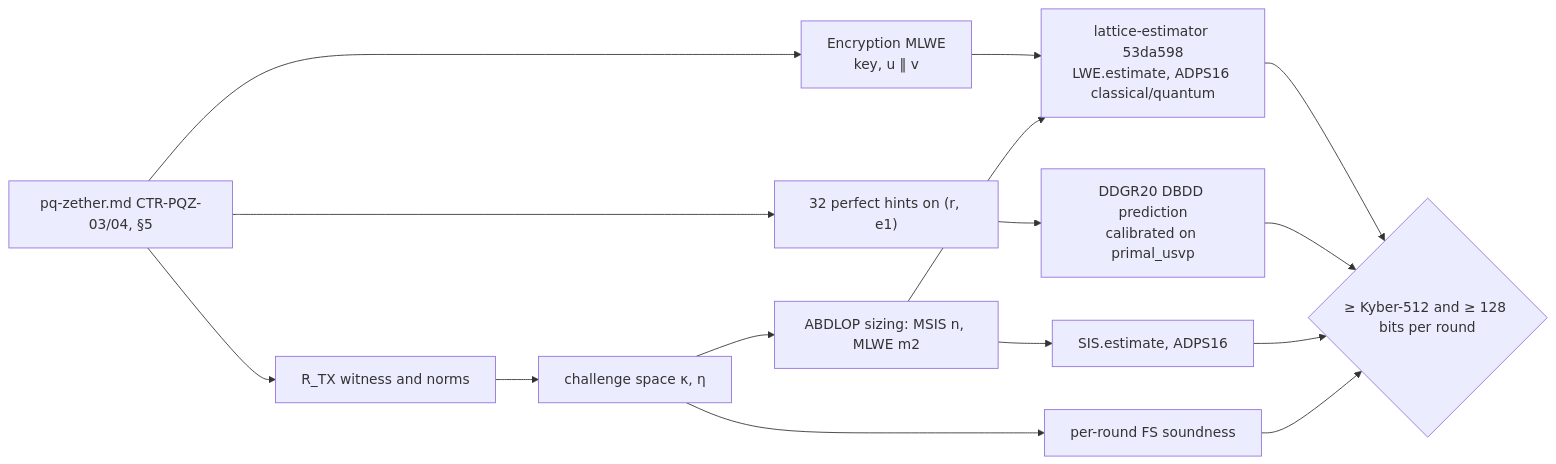
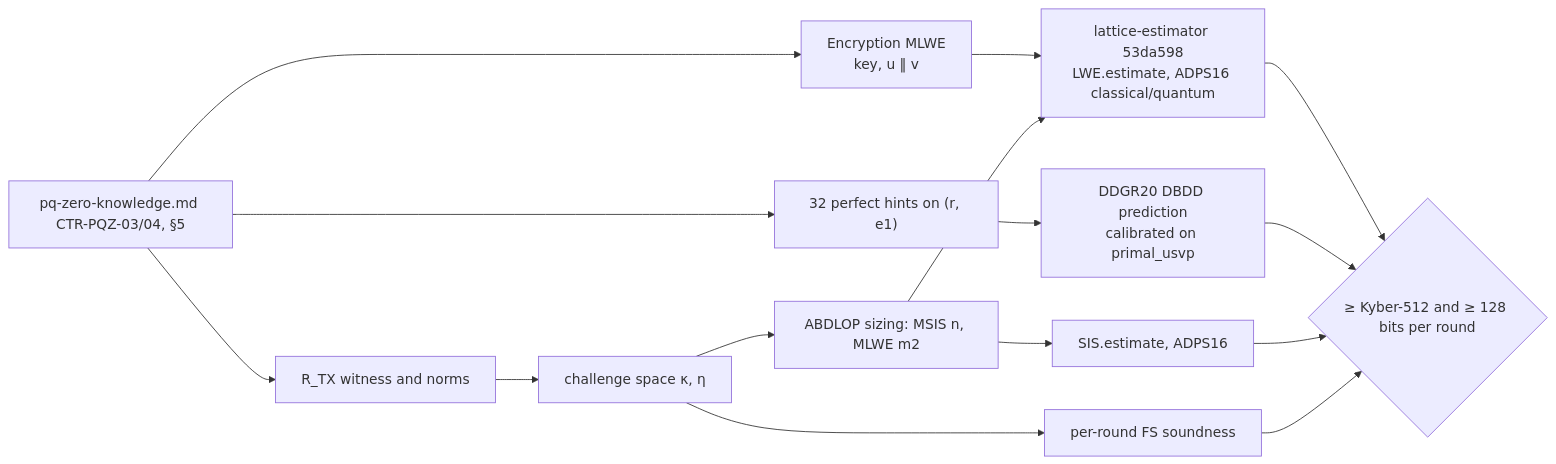
One commit to dinhduongha/scaas changed the diagram in docs/research/pqz-parameters-e-s0.md. Above: the diagram before and after it, drawn with Mermaid. The commit also changed other lines of this file and 118 other files, not shown here.

First line of the commit message:
Spec rename: every pq-zether.md reference -> pq-zero-knowledge.md (docs, comments, normative lines)

````diff
--- a/docs/research/pqz-parameters-e-s0.md
+++ b/docs/research/pqz-parameters-e-s0.md
@@ -46,17 +46,17 @@
 ```mermaid
 flowchart LR
-  spec["pq-zether.md CTR-PQZ-03/04, §5"] --> enc["Encryption MLWE<br/>key, u ‖ v"]
+  spec["pq-zero-knowledge.md CTR-PQZ-03/04, §5"] --> enc["Encryption MLWE<br/>key, u ‖ v"]
   spec --> hints["32 perfect hints on (r, e1)"]
   spec --> proof["R_TX witness and norms"]
   enc --> est["lattice-estimator 53da598<br/>LWE.estimate, ADPS16 classical/quantum"]
   hints --> dbdd["DDGR20 DBDD prediction<br/>calibrated on primal_usvp"]
   proof --> chal["challenge space κ, η"]
   chal --> size["ABDLOP sizing: MSIS n, MLWE m2"]
   size --> est
   size --> sis["SIS.estimate, ADPS16"]
   chal --> fs["per-round FS soundness"]
   est --> gate{"≥ Kyber-512 and ≥ 128 bits per round"}
   dbdd --> gate
   sis --> gate
   fs --> gate
 ```
````
